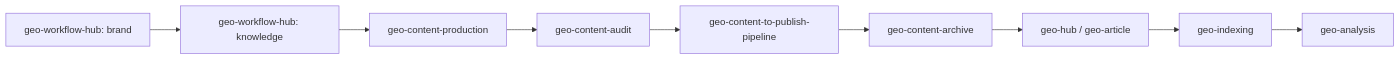
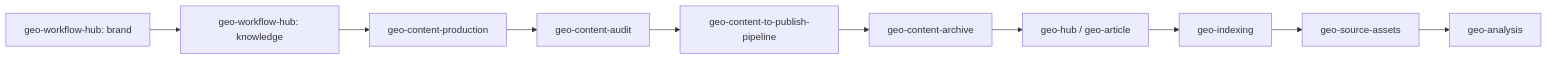
One commit to chenshuke/geo-skills changed the diagram in README.md. Above: the diagram before and after it, drawn with Mermaid. The commit also changed other lines of this file and 10 other files, not shown here.

````diff
--- a/README.md
+++ b/README.md
@@ -186,11 +187,12 @@
 ```mermaid
 graph LR
     A[geo-workflow-hub: brand] --> B[geo-workflow-hub: knowledge]
     B --> C[geo-content-production]
     C --> D[geo-content-audit]
     D --> P[geo-content-to-publish-pipeline]
     P --> E[geo-content-archive]
     E --> F[geo-hub / geo-article]
     F --> G[geo-indexing]
-    G --> H[geo-analysis]
+    G --> S[geo-source-assets]
+    S --> H[geo-analysis]
 ```
````
